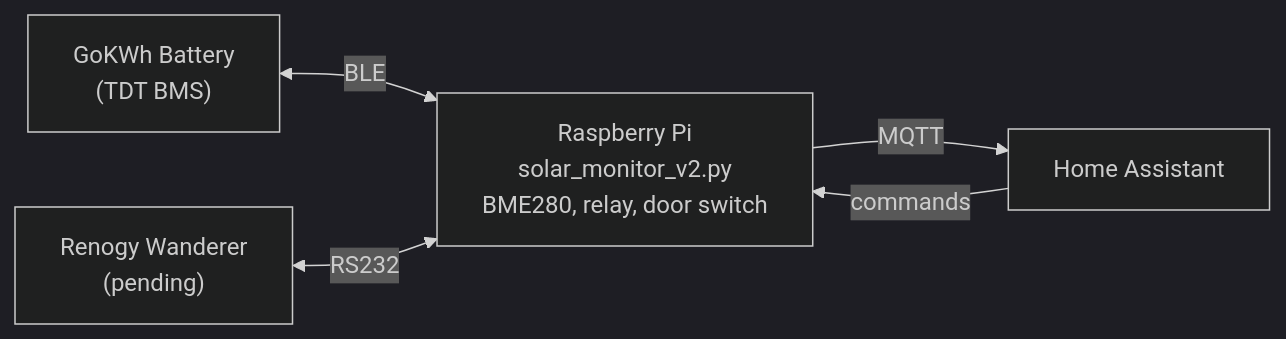
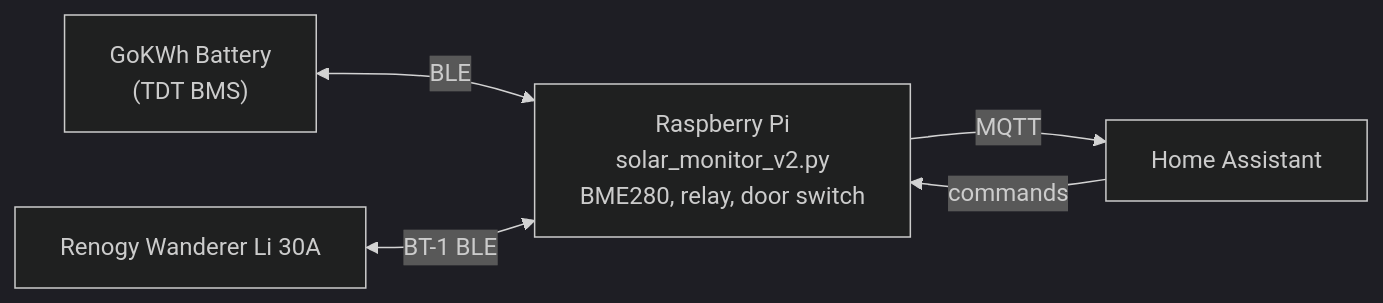
One commit to jmassardo/solar-monitor changed the diagram in README.md. Above: the diagram before and after it, drawn with Mermaid (dark theme). The commit also changed other lines of this file and 4 other files, not shown here.

````diff
--- a/README.md
+++ b/README.md
@@ -26,7 +26,7 @@
 ```mermaid
 graph LR
     Battery["GoKWh Battery<br/>(TDT BMS)"] <-->|BLE| Pi["Raspberry Pi<br/>solar_monitor_v2.py<br/>BME280, relay, door switch"]
-    Wanderer["Renogy Wanderer<br/>(pending)"] <-->|RS232| Pi
+    Wanderer["Renogy Wanderer Li 30A"] <-->|BT-1 BLE| Pi
     Pi -->|MQTT| HA["Home Assistant"]
     HA -->|commands| Pi
 ```
````
